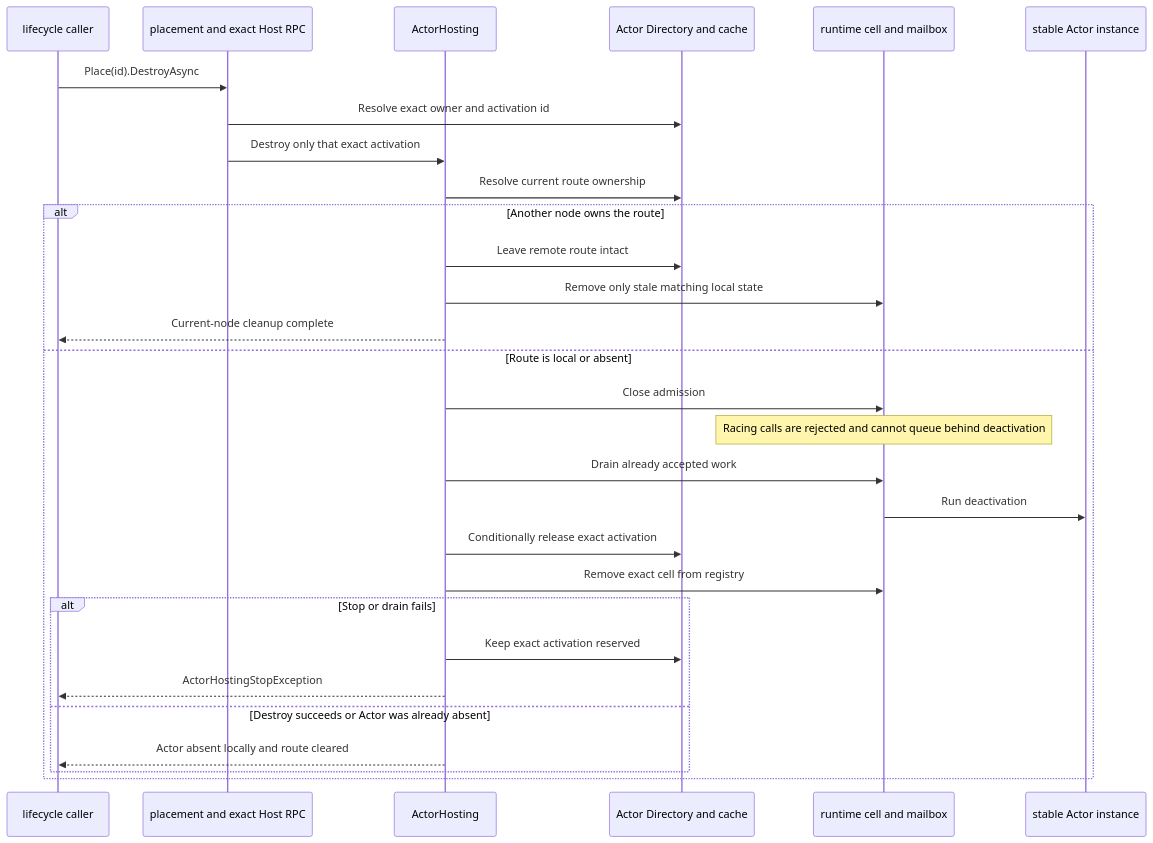
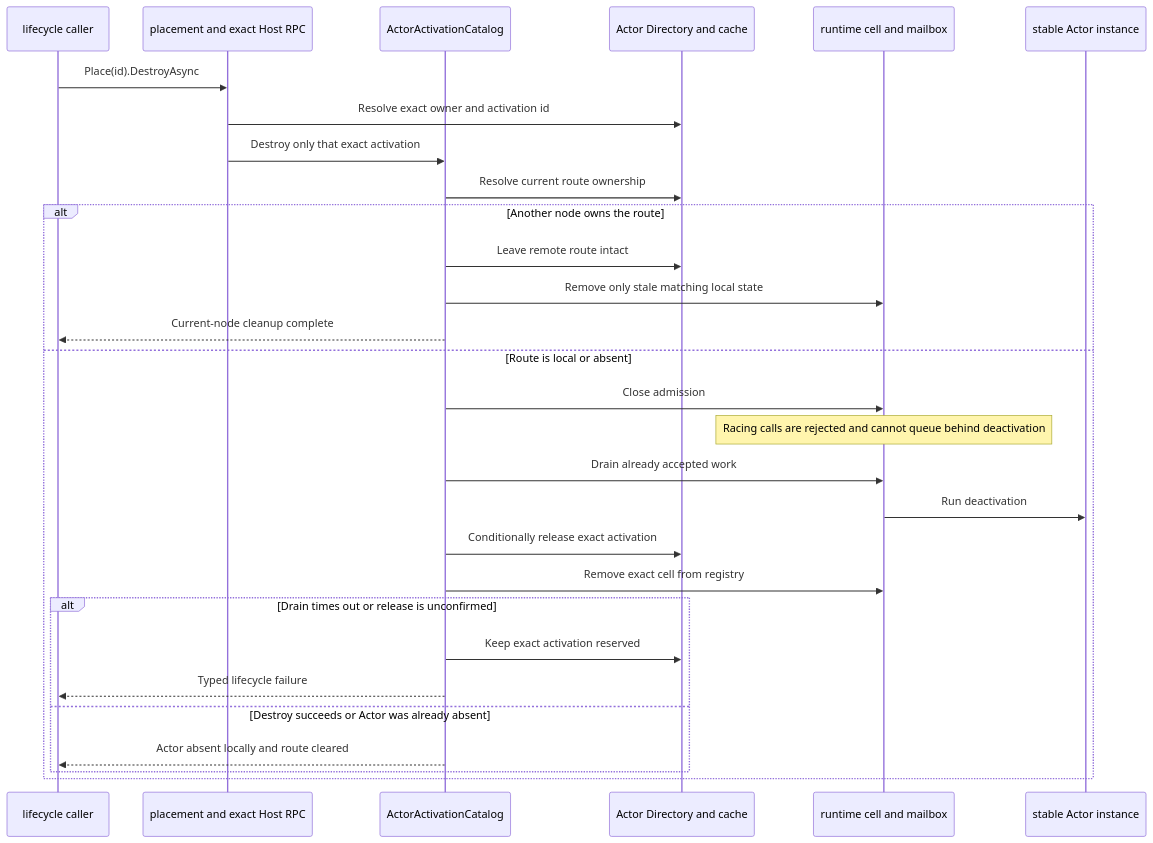
One commit to bruce48x/Lakona changed the sixth of 7 diagrams in docs/actor.md. Above: the diagram before and after it, drawn with Mermaid. The commit also changed other lines of this file and 47 other files, not shown here.

Commit message:
Replace actor hosting with activation catalog

````diff
--- a/docs/actor.md
+++ b/docs/actor.md
@@ -568,32 +568,32 @@
 ```mermaid
 sequenceDiagram
     participant C as lifecycle caller
     participant P as placement and exact Host RPC
-    participant H as ActorHosting
+    participant H as ActorActivationCatalog
     participant D as Actor Directory and cache
     participant M as runtime cell and mailbox
     participant A as stable Actor instance
 
     C->>P: Place(id).DestroyAsync
     P->>D: Resolve exact owner and activation id
     P->>H: Destroy only that exact activation
     H->>D: Resolve current route ownership
     alt Another node owns the route
         H->>D: Leave remote route intact
         H->>M: Remove only stale matching local state
         H-->>C: Current-node cleanup complete
     else Route is local or absent
         H->>M: Close admission
         Note over M: Racing calls are rejected and cannot queue behind deactivation
         H->>M: Drain already accepted work
         M->>A: Run deactivation
         H->>D: Conditionally release exact activation
         H->>M: Remove exact cell from registry
-        alt Stop or drain fails
+        alt Drain times out or release is unconfirmed
             H->>D: Keep exact activation reserved
-            H-->>C: ActorHostingStopException
+            H-->>C: Typed lifecycle failure
         else Destroy succeeds or Actor was already absent
             H-->>C: Actor absent locally and route cleared
         end
     end
 ```
````
